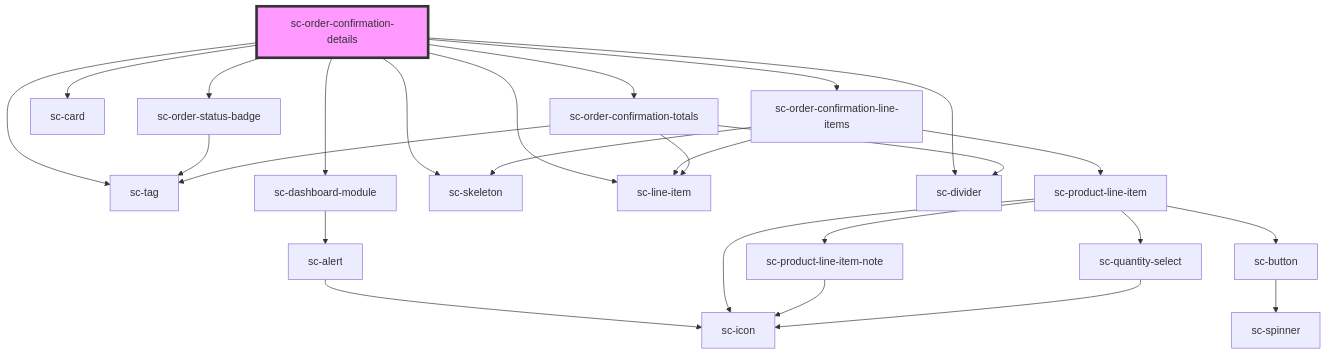
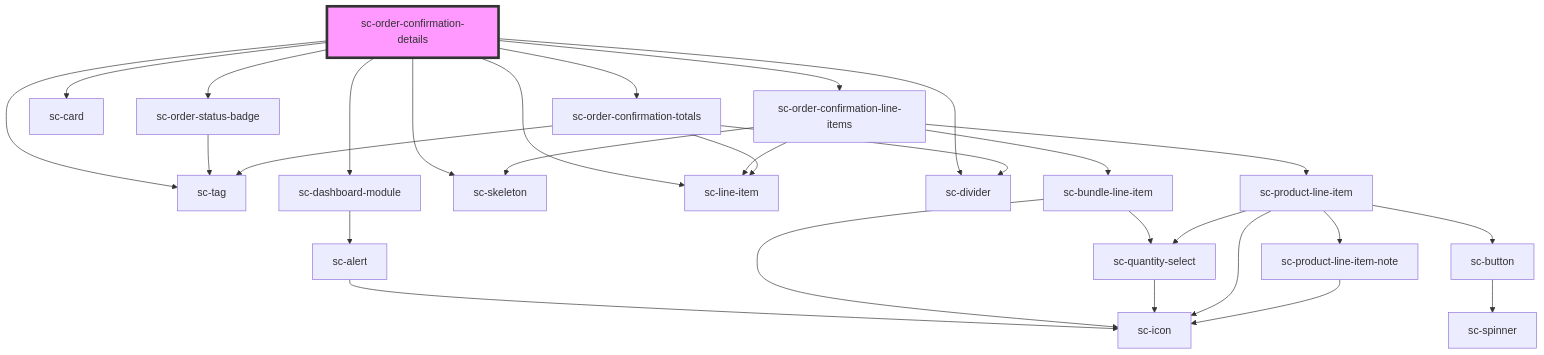
One commit to surecart/surecart-wp-plugin changed the diagram in packages/components/src/components/controllers/confirmation/order-confirmation-details/readme.md. Above: the diagram before and after it, drawn with Mermaid. The commit also changed 17 other files, not shown here.

Commit message:
bundle item customer dashboard order, subscriptions

````diff
--- a/packages/components/src/components/controllers/confirmation/order-confirmation-details/readme.md
+++ b/packages/components/src/components/controllers/confirmation/order-confirmation-details/readme.md
@@ -31,29 +31,32 @@
 ```mermaid
 graph TD;
   sc-order-confirmation-details --> sc-tag
   sc-order-confirmation-details --> sc-order-status-badge
   sc-order-confirmation-details --> sc-dashboard-module
   sc-order-confirmation-details --> sc-skeleton
   sc-order-confirmation-details --> sc-card
   sc-order-confirmation-details --> sc-line-item
   sc-order-confirmation-details --> sc-divider
   sc-order-confirmation-details --> sc-order-confirmation-line-items
   sc-order-confirmation-details --> sc-order-confirmation-totals
   sc-order-status-badge --> sc-tag
   sc-dashboard-module --> sc-alert
   sc-alert --> sc-icon
   sc-order-confirmation-line-items --> sc-line-item
   sc-order-confirmation-line-items --> sc-skeleton
+  sc-order-confirmation-line-items --> sc-bundle-line-item
   sc-order-confirmation-line-items --> sc-product-line-item
+  sc-bundle-line-item --> sc-icon
+  sc-bundle-line-item --> sc-quantity-select
+  sc-quantity-select --> sc-icon
   sc-product-line-item --> sc-product-line-item-note
   sc-product-line-item --> sc-quantity-select
   sc-product-line-item --> sc-button
   sc-product-line-item --> sc-icon
   sc-product-line-item-note --> sc-icon
-  sc-quantity-select --> sc-icon
   sc-button --> sc-spinner
   sc-order-confirmation-totals --> sc-line-item
   sc-order-confirmation-totals --> sc-tag
   sc-order-confirmation-totals --> sc-divider
   style sc-order-confirmation-details fill:#f9f,stroke:#333,stroke-width:4px
 ```
````
